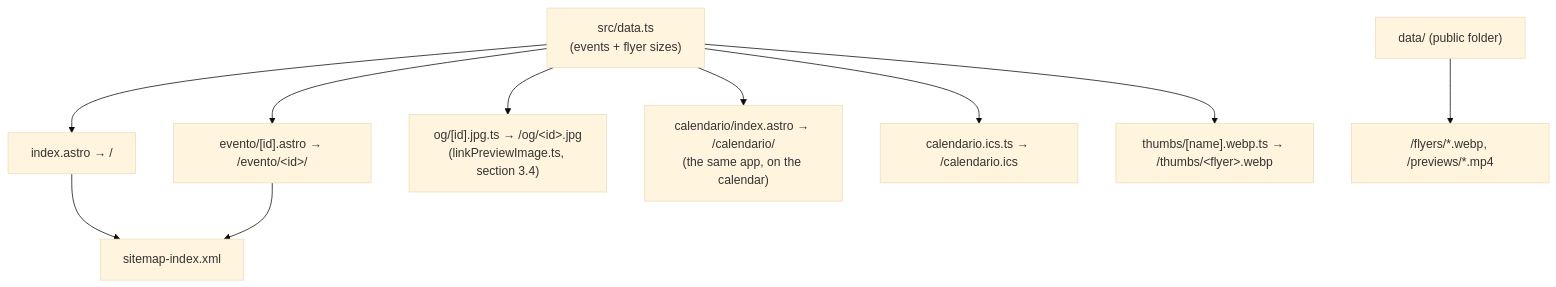
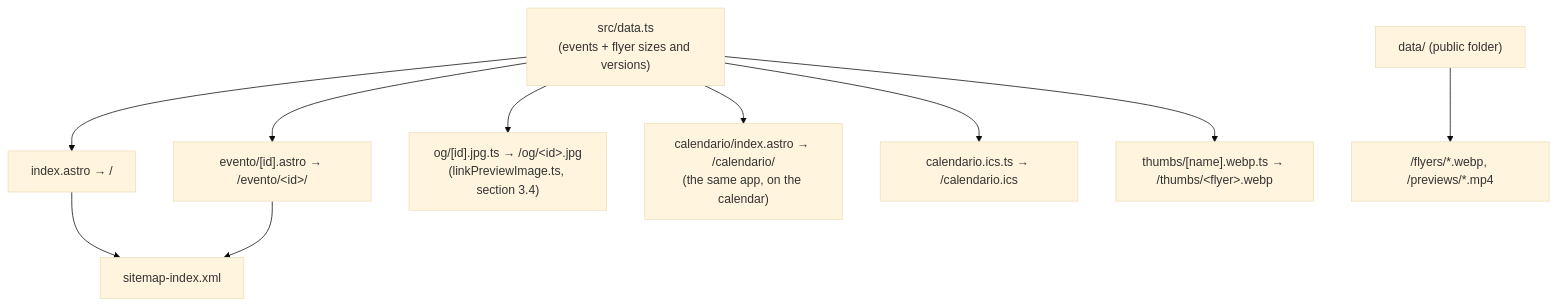
One commit to pa-bailar/pa-bailar.github.io changed the fourth of 9 diagrams in docs/ARCHITECTURE.md. Above: the diagram before and after it, drawn with Mermaid (base theme). The commit also changed other lines of this file and 28 other files, not shown here.

````diff
--- a/docs/ARCHITECTURE.md
+++ b/docs/ARCHITECTURE.md
@@ -183,12 +188,12 @@
 ```mermaid
 flowchart TD
-    D["src/data.ts<br/>(events + flyer sizes)"] --> IDX["index.astro → /"]
+    D["src/data.ts<br/>(events + flyer sizes and versions)"] --> IDX["index.astro → /"]
     D --> EVT["evento/[id].astro → /evento/&lt;id&gt;/"]
     D --> OG["og/[id].jpg.ts → /og/&lt;id&gt;.jpg<br/>(linkPreviewImage.ts, section 3.4)"]
     D --> CAL["calendario/index.astro → /calendario/<br/>(the same app, on the calendar)"]
     D --> ICS["calendario.ics.ts → /calendario.ics"]
     D --> TH["thumbs/[name].webp.ts → /thumbs/&lt;flyer&gt;.webp"]
     IDX --> SM["sitemap-index.xml"]
     EVT --> SM
     PUB["data/ (public folder)"] --> FLY["/flyers/*.webp, /previews/*.mp4"]
 ```
````
